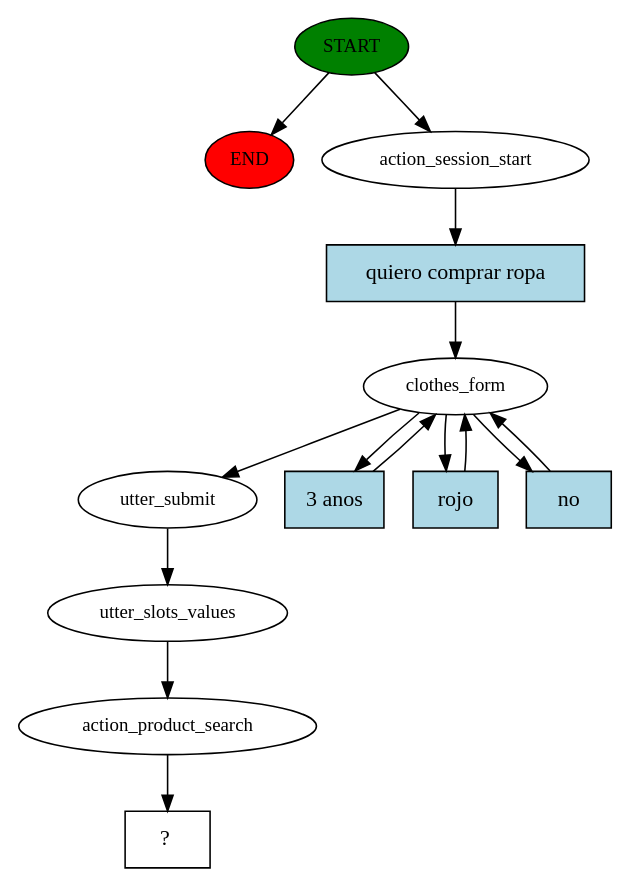
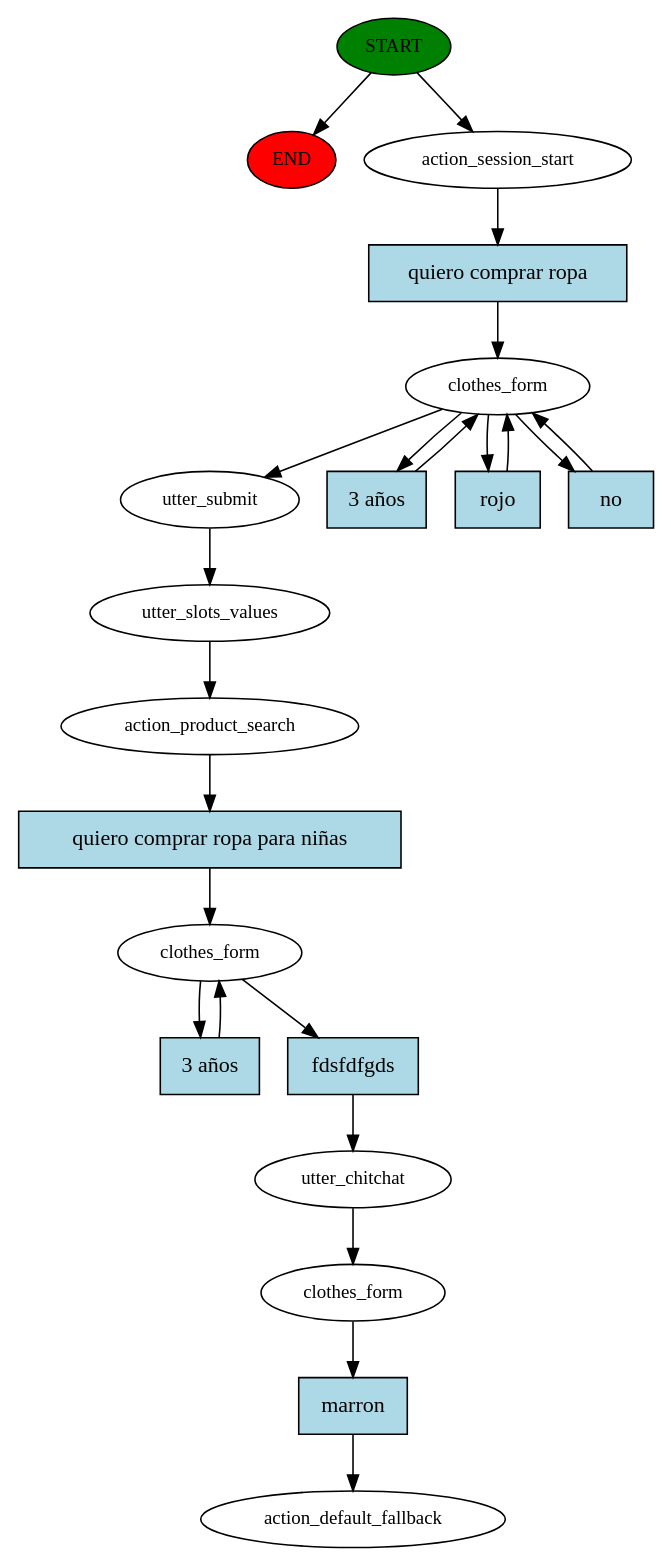
One commit to kabirivan/ChatBot-Clothes changed the diagram in chatbot/story_graph.dot. Above: the diagram before and after it, drawn with Graphviz. The commit also changed 3 other files, not shown here.

```diff
--- a/chatbot/story_graph.dot
+++ b/chatbot/story_graph.dot
@@ -1,28 +1,43 @@
 digraph  {
 0 [class="start active", fillcolor=green, fontsize=12, label=START, style=filled];
 "-1" [class=end, fillcolor=red, fontsize=12, label=END, style=filled];
 1 [class=active, fontsize=12, label=action_session_start];
 2 [class=active, fontsize=12, label=clothes_form];
-9 [class=active, fontsize=12, label=utter_submit];
-10 [class=active, fontsize=12, label=utter_slots_values];
-11 [class=active, fontsize=12, label=action_product_search];
-12 [class="intent dashed active", label="  ?  ", shape=rect];
-13 [class="intent active", fillcolor=lightblue, label="quiero comprar ropa", shape=rect, style=filled];
-14 [class="intent active", fillcolor=lightblue, label="3 anos", shape=rect, style=filled];
-15 [class="intent active", fillcolor=lightblue, label=rojo, shape=rect, style=filled];
-16 [class="intent active", fillcolor=lightblue, label=no, shape=rect, style=filled];
+8 [class=active, fontsize=12, label=utter_submit];
+9 [class=active, fontsize=12, label=utter_slots_values];
+10 [class=active, fontsize=12, label=action_product_search];
+11 [class=active, fontsize=12, label=clothes_form];
+14 [class=active, fontsize=12, label=utter_chitchat];
+15 [class=active, fontsize=12, label=clothes_form];
+16 [class="dashed active", fontsize=12, label=action_default_fallback];
+17 [class="intent active", fillcolor=lightblue, label="quiero comprar ropa", shape=rect, style=filled];
+18 [class="intent active", fillcolor=lightblue, label="3 años", shape=rect, style=filled];
+19 [class="intent active", fillcolor=lightblue, label=rojo, shape=rect, style=filled];
+20 [class="intent active", fillcolor=lightblue, label=no, shape=rect, style=filled];
+21 [class="intent active", fillcolor=lightblue, label="quiero comprar ropa para niñas", shape=rect, style=filled];
+22 [class="intent active", fillcolor=lightblue, label="3 años", shape=rect, style=filled];
+23 [class="intent active", fillcolor=lightblue, label=fdsfdfgds, shape=rect, style=filled];
+24 [class="intent active", fillcolor=lightblue, label=marron, shape=rect, style=filled];
 0 -> "-1"  [class="", key=NONE, label=""];
 0 -> 1  [class=active, key=NONE, label=""];
-1 -> 13  [class=active, key=0];
-2 -> 9  [class=active, key=NONE, label=""];
-2 -> 14  [class=active, key=0];
-2 -> 15  [class=active, key=0];
-2 -> 16  [class=active, key=0];
+1 -> 17  [class=active, key=0];
+2 -> 8  [class=active, key=NONE, label=""];
+2 -> 18  [class=active, key=0];
+2 -> 19  [class=active, key=0];
+2 -> 20  [class=active, key=0];
+8 -> 9  [class=active, key=NONE, label=""];
 9 -> 10  [class=active, key=NONE, label=""];
-10 -> 11  [class=active, key=NONE, label=""];
-11 -> 12  [class=active, key=NONE, label=""];
-13 -> 2  [class=active, key=0];
-14 -> 2  [class=active, key=0];
-15 -> 2  [class=active, key=0];
-16 -> 2  [class=active, key=0];
+10 -> 21  [class=active, key=0];
+11 -> 22  [class=active, key=0];
+11 -> 23  [class=active, key=0];
+14 -> 15  [class=active, key=NONE, label=""];
+15 -> 24  [class=active, key=0];
+17 -> 2  [class=active, key=0];
+18 -> 2  [class=active, key=0];
+19 -> 2  [class=active, key=0];
+20 -> 2  [class=active, key=0];
+21 -> 11  [class=active, key=0];
+22 -> 11  [class=active, key=0];
+23 -> 14  [class=active, key=0];
+24 -> 16  [class=active, key=0];
 }
```
